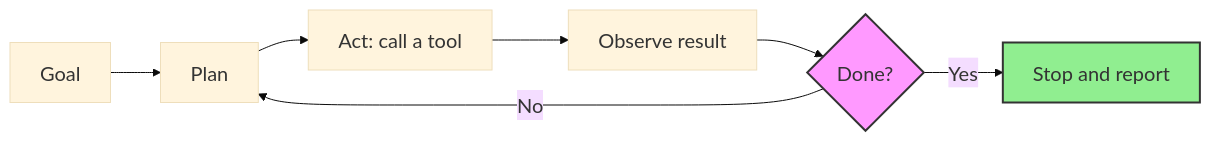
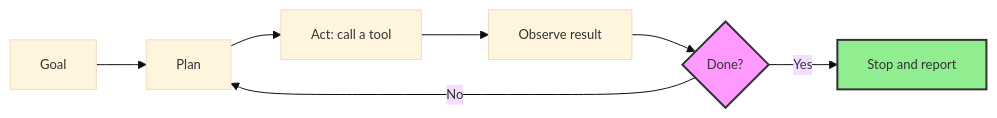
The diagram in lectures/lecture-15/15-agents.qmd (danilofreire/datasci101), drawn with Mermaid before and after one commit. The commit also changed other lines of this file and 4 other files, not shown here.

````diff
--- a/lectures/lecture-15/15-agents.qmd
+++ b/lectures/lecture-15/15-agents.qmd
@@ -273,12 +265,12 @@
 ```{mermaid}
-%%{init: {'theme': 'base', 'themeVariables': {'fontSize': '20px'}}}%%
+%%{init: {'theme': 'base', 'themeVariables': {'fontSize': '13px'}}}%%
 flowchart LR
     A[Goal] --> B[Plan]
     B --> C[Act: call a tool]
     C --> D[Observe result]
     D --> E{Done?}
     E -->|No| B
     E -->|Yes| F[Stop and report]
     style E fill:#f9f,stroke:#333,stroke-width:2px
     style F fill:#90EE90,stroke:#333,stroke-width:2px
 ```
````
